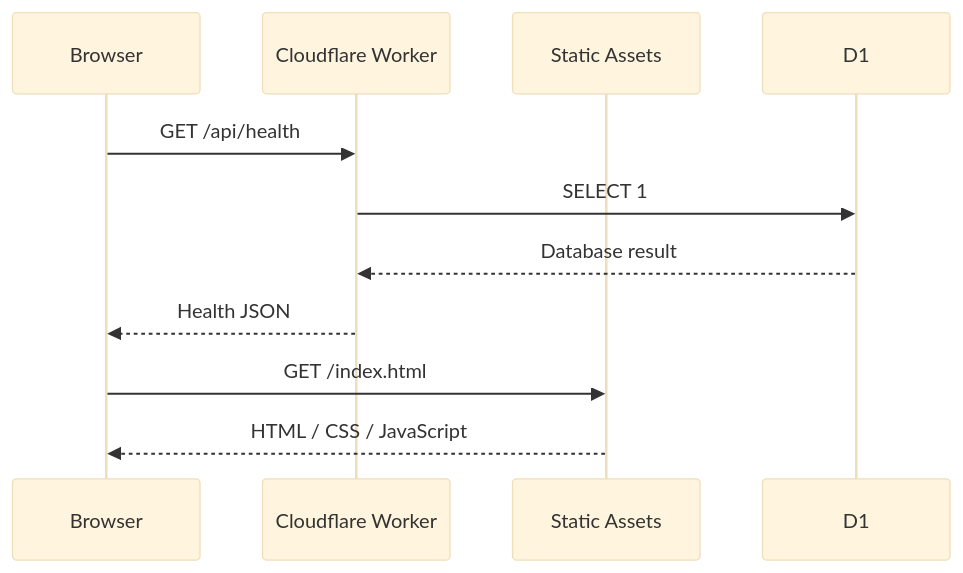
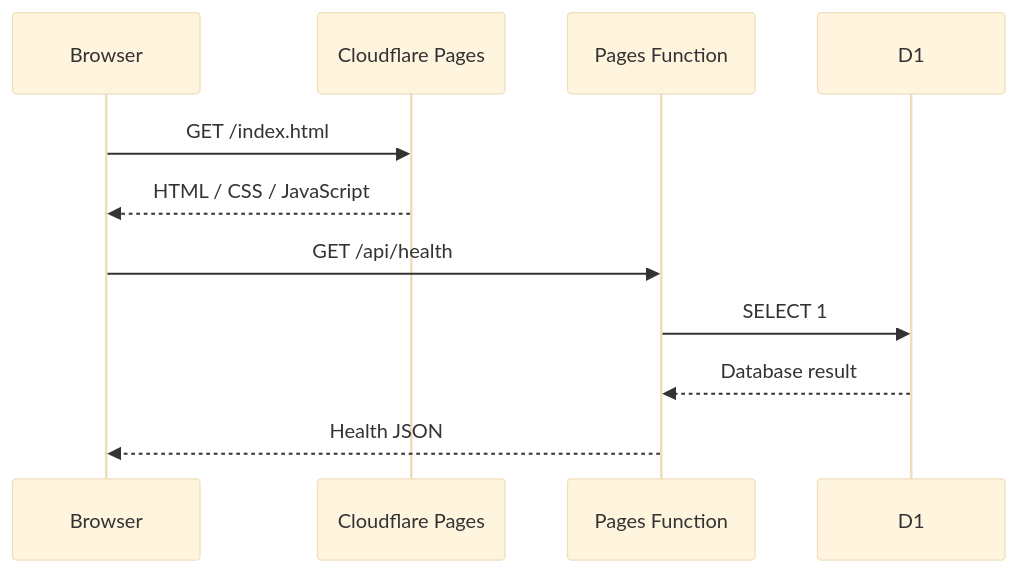
One commit to DevJel/jelhr-system changed the first of 2 diagrams in docs/architecture.md. Above: the diagram before and after it, drawn with Mermaid (base theme). The commit also changed other lines of this file, not shown here.

Commit message:
Document Pages Functions and D1 request flow

````diff
--- a/docs/architecture.md
+++ b/docs/architecture.md
@@ -9,13 +9,13 @@
 ```mermaid
 sequenceDiagram
   participant B as Browser
-  participant W as Cloudflare Worker
-  participant A as Static Assets
+  participant P as Cloudflare Pages
+  participant F as Pages Function
   participant D as D1
-  B->>W: GET /api/health
-  W->>D: SELECT 1
-  D-->>W: Database result
-  W-->>B: Health JSON
-  B->>A: GET /index.html
-  A-->>B: HTML / CSS / JavaScript
+  B->>P: GET /index.html
+  P-->>B: HTML / CSS / JavaScript
+  B->>F: GET /api/health
+  F->>D: SELECT 1
+  D-->>F: Database result
+  F-->>B: Health JSON
 ```
````
